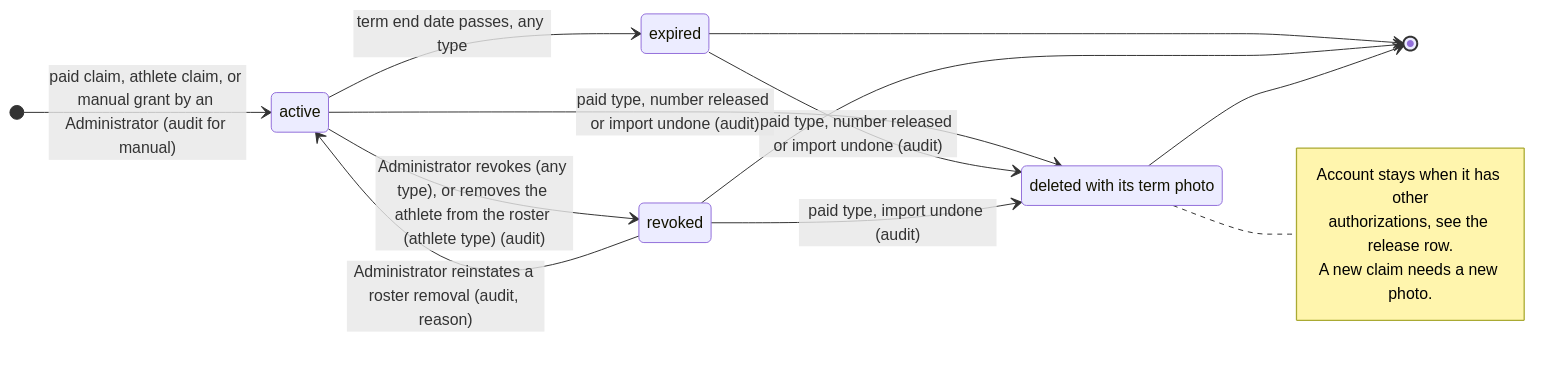
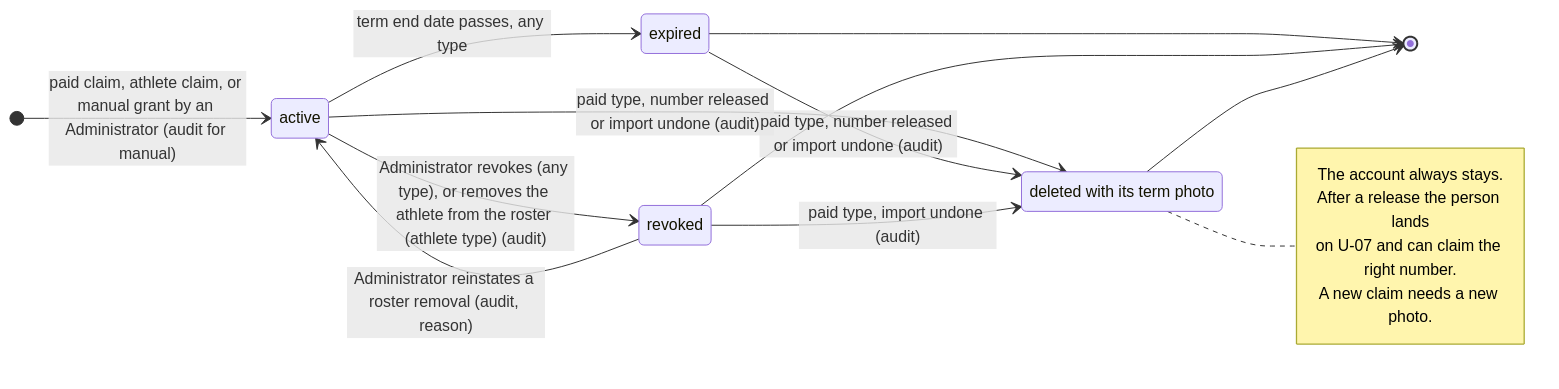
One commit to Th3-Minorities/natatorio-gym-app changed the ninth of 9 diagrams in docs/design/registration-flows.md. Above: the diagram before and after it, drawn with Mermaid. The commit also changed other lines of this file and 7 other files, not shown here.

````diff
--- a/docs/design/registration-flows.md
+++ b/docs/design/registration-flows.md
@@ -269,20 +271,21 @@
 ```mermaid
 stateDiagram-v2
   direction LR
   state "deleted with its term photo" as deleted
   [*] --> active : paid claim, athlete claim, or manual grant by an Administrator (audit for manual)
   active --> expired : term end date passes, any type
   active --> revoked : Administrator revokes (any type), or removes the athlete from the roster (athlete type) (audit)
   revoked --> active : Administrator reinstates a roster removal (audit, reason)
   active --> deleted : paid type, number released or import undone (audit)
   expired --> deleted : paid type, number released or import undone (audit)
   revoked --> deleted : paid type, import undone (audit)
   expired --> [*]
   revoked --> [*]
   deleted --> [*]
   note right of deleted
-    Account stays when it has other
-    authorizations, see the release row.
+    The account always stays.
+    After a release the person lands
+    on U-07 and can claim the right number.
     A new claim needs a new photo.
   end note
 ```
````
